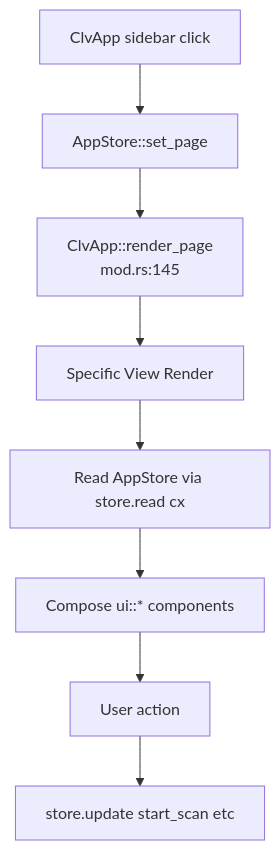
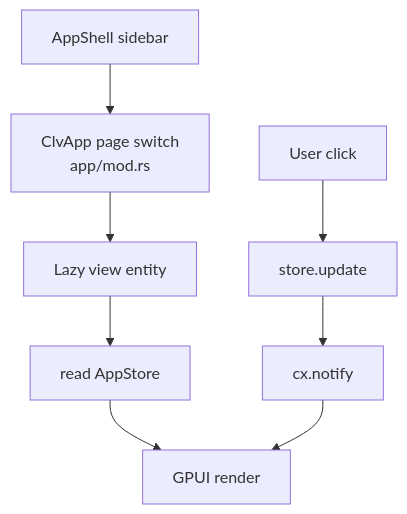
One commit to sopaco/CLV3000-Plus changed the diagram in .terrain/human/4.Deep-Exploration/views.md. Above: the diagram before and after it, drawn with Mermaid. The commit also changed other lines of this file and 15 other files, not shown here.

````diff
--- a/.terrain/human/4.Deep-Exploration/views.md
+++ b/.terrain/human/4.Deep-Exploration/views.md
@@ -44,10 +51,10 @@
 ```mermaid
 flowchart TD
-    A["ClvApp sidebar click"] --> B["AppStore::set_page"]
-    B --> C["ClvApp::render_page<br/>mod.rs:145"]
-    C --> D["Specific View Render"]
-    D --> E["Read AppStore via store.read cx"]
-    E --> F["Compose ui::* components"]
-    F --> G["User action"]
-    G --> H["store.update start_scan etc"]
+    A["AppShell sidebar"] --> B["ClvApp page switch<br/>app/mod.rs"]
+    B --> C["Lazy view entity"]
+    C --> D["read AppStore"]
+    D --> E["GPUI render"]
+    F["User click"] --> G["store.update"]
+    G --> H["cx.notify"]
+    H --> E
 ```
````
